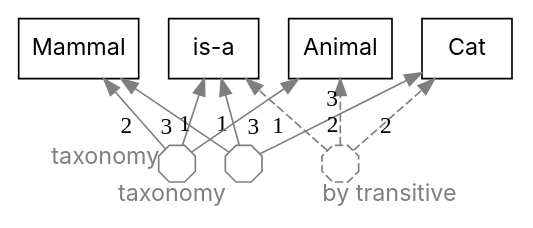
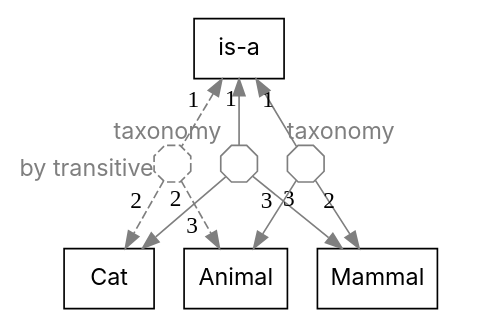
One commit to agutikov/ein changed the diagram in docs/ein/user/02-guide/diagrams/02-transitive-fired.dot. Above: the diagram before and after it, drawn with Graphviz. The commit also changed 1275 other files, not shown here.

```diff
--- a/docs/ein/user/02-guide/diagrams/02-transitive-fired.dot
+++ b/docs/ein/user/02-guide/diagrams/02-transitive-fired.dot
@@ -1,17 +1,25 @@
 digraph kb {
-  rankdir=BT;
+  rankdir=TB;
   ranksep=0.55;
   node [fontname="Inter", shape=box];
   f_076d37da67 [shape=octagon, label="", width=0.3, height=0.3, fixedsize=true, color="#7f7f7f", fontcolor="#7f7f7f", style=solid, xlabel="taxonomy"];
-  f_076d37da67 -> "is-a" [xlabel="1", color="#7f7f7f", style=solid];
+  "is-a" -> f_076d37da67 [xlabel="1", dir=back, color="#7f7f7f", style=solid];
   f_076d37da67 -> "Cat" [xlabel="2", color="#7f7f7f", style=solid];
   f_076d37da67 -> "Mammal" [xlabel="3", color="#7f7f7f", style=solid];
   f_cb25df6f56 [shape=octagon, label="", width=0.3, height=0.3, fixedsize=true, color="#7f7f7f", fontcolor="#7f7f7f", style=solid, xlabel="taxonomy"];
-  f_cb25df6f56 -> "is-a" [xlabel="1", color="#7f7f7f", style=solid];
+  "is-a" -> f_cb25df6f56 [xlabel="1", dir=back, color="#7f7f7f", style=solid];
   f_cb25df6f56 -> "Mammal" [xlabel="2", color="#7f7f7f", style=solid];
   f_cb25df6f56 -> "Animal" [xlabel="3", color="#7f7f7f", style=solid];
   f_aea40ae2c2 [shape=octagon, label="", width=0.3, height=0.3, fixedsize=true, color="#7f7f7f", fontcolor="#7f7f7f", style=dashed, xlabel="by transitive"];
-  f_aea40ae2c2 -> "is-a" [xlabel="1", color="#7f7f7f", style=dashed];
+  "is-a" -> f_aea40ae2c2 [xlabel="1", dir=back, color="#7f7f7f", style=dashed];
   f_aea40ae2c2 -> "Cat" [xlabel="2", color="#7f7f7f", style=dashed];
   f_aea40ae2c2 -> "Animal" [xlabel="3", color="#7f7f7f", style=dashed];
+  "layer 0" [style=invis, label="", width=0, height=0, fixedsize=true];
+  "layer 1" [style=invis, label="", width=0, height=0, fixedsize=true];
+  "layer 2" [style=invis, label="", width=0, height=0, fixedsize=true];
+  "layer 0" -> "layer 1" [style=invis];
+  "layer 1" -> "layer 2" [style=invis];
+  { rank=same; "layer 0"; "is-a"; }
+  { rank=same; "layer 1"; f_076d37da67; f_cb25df6f56; f_aea40ae2c2; }
+  { rank=same; "layer 2"; "Cat"; "Mammal"; "Animal"; }
 }
```
